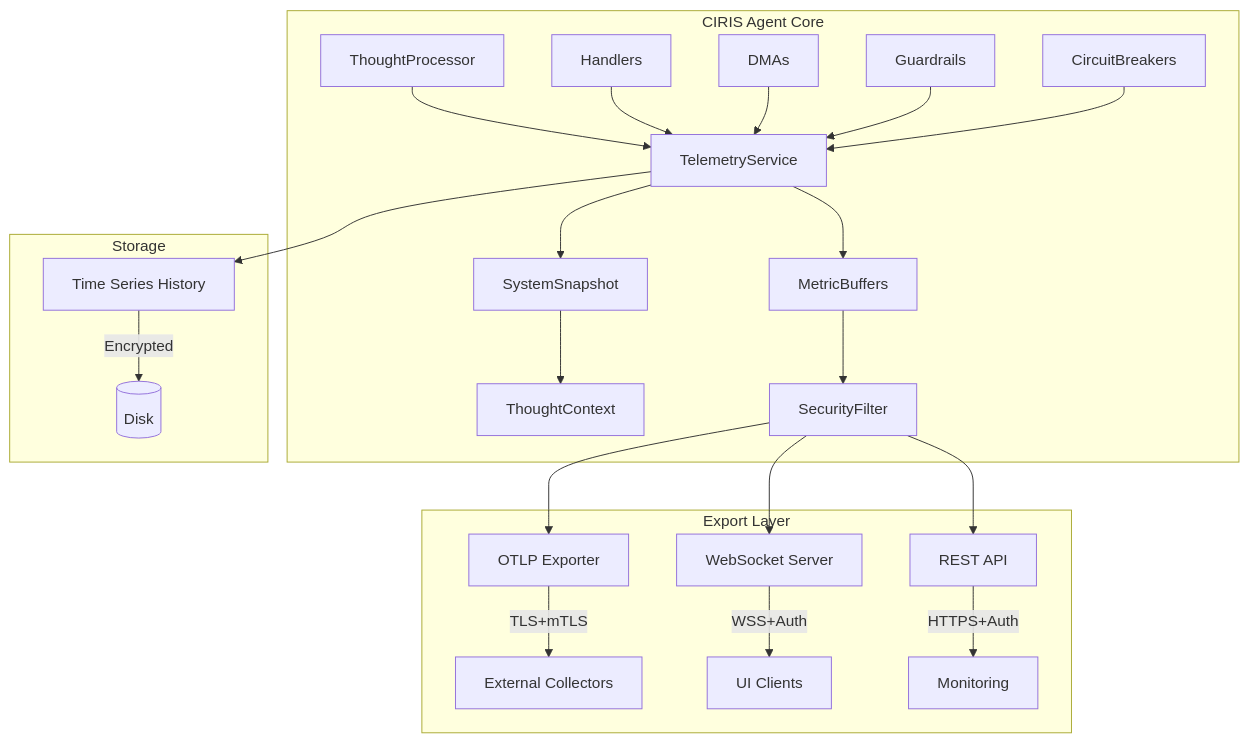
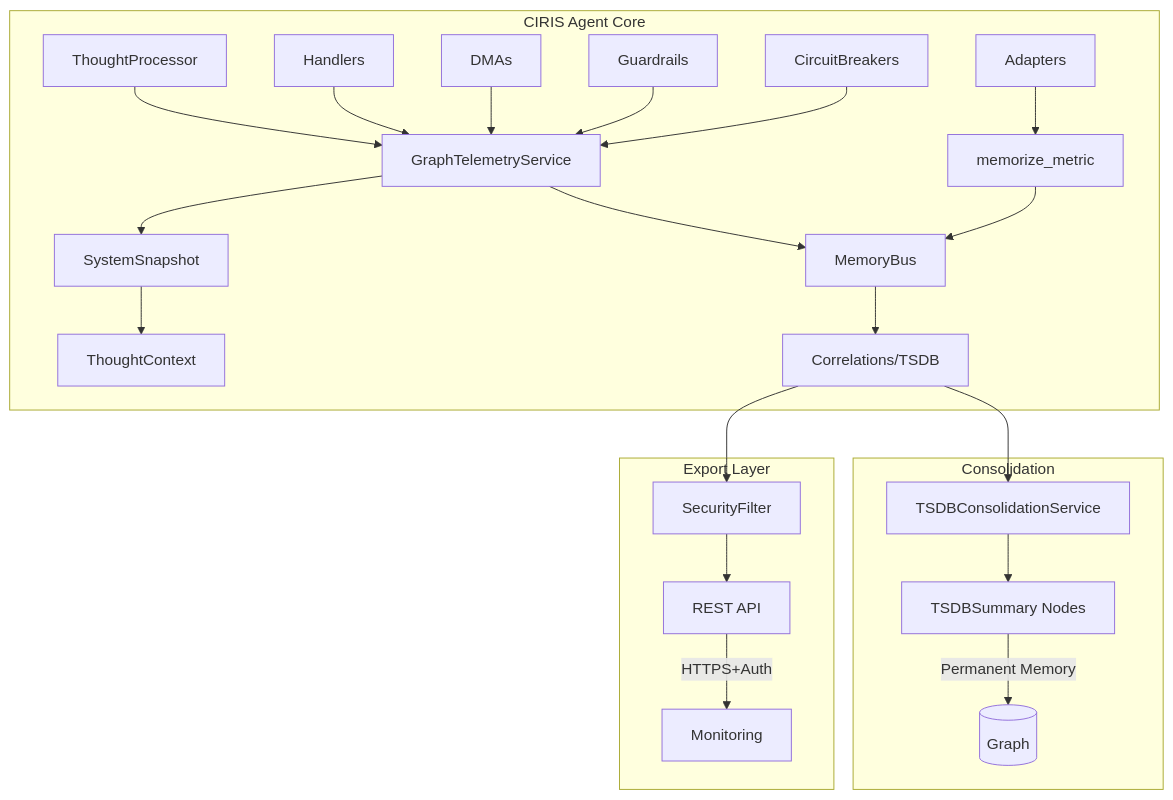
The diagram in FSD/TELEMETRY.md (emooreatx/CIRISAgent), drawn with Mermaid before and after one commit. The commit also changed other lines of this file and 1004 other files, not shown here.

First line of the commit message:
refactor: major architecture cleanup - remove Dict[str, Any] and achieve pytest green

````diff
--- a/FSD/TELEMETRY.md
+++ b/FSD/TELEMETRY.md
@@ -22,31 +24,30 @@
 ```mermaid
 graph TB
     subgraph "CIRIS Agent Core"
-        A[ThoughtProcessor] --> T[TelemetryService]
+        A[ThoughtProcessor] --> T[GraphTelemetryService]
         B[Handlers] --> T
         C[DMAs] --> T
         D[Guardrails] --> T
         E[CircuitBreakers] --> T
+        ADP[Adapters] --> MM[memorize_metric]
         
         T --> SS[SystemSnapshot]
         SS --> CTX[ThoughtContext]
         
-        T --> MB[MetricBuffers]
-        MB --> SEC[SecurityFilter]
+        T --> MB[MemoryBus]
+        MM --> MB
+        MB --> CORR[Correlations/TSDB]
+    end
+    
+    subgraph "Consolidation"
+        CORR --> TSC[TSDBConsolidationService]
+        TSC --> SUMM[TSDBSummary Nodes]
+        SUMM --> |Permanent Memory| GRAPH[(Graph)]
     end
     
     subgraph "Export Layer"
-        SEC --> OTLP[OTLP Exporter]
-        SEC --> WS[WebSocket Server]
+        CORR --> SEC[SecurityFilter]
         SEC --> API[REST API]
-        
-        OTLP --> |TLS+mTLS| EXT[External Collectors]
-        WS --> |WSS+Auth| UI[UI Clients]
         API --> |HTTPS+Auth| MON[Monitoring]
     end
-    
-    subgraph "Storage"
-        T --> TSH[Time Series History]
-        TSH --> |Encrypted| DISK[(Disk)]
-    end
 ```
````
